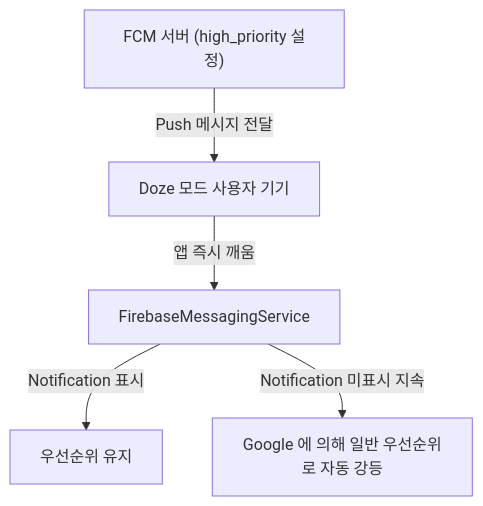
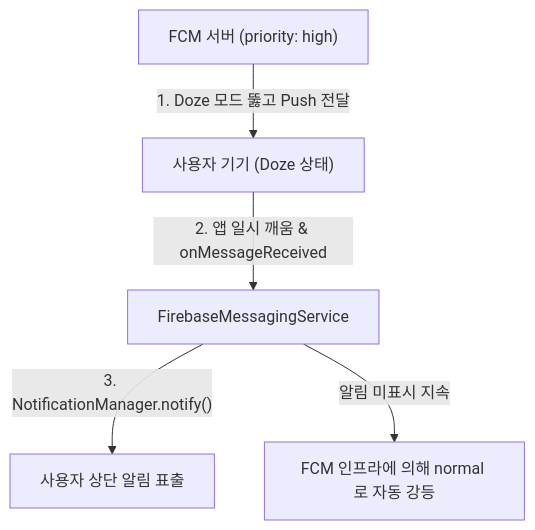
One commit to youngmin-gwon/what-i-studied changed the diagram in 01_inbox/mobile/android/04_system_services/background-and-notifications/fcm-high-priority.md. Above: the diagram before and after it, drawn with Mermaid. The commit also changed other lines of this file and 83 other files, not shown here.

````diff
--- a/01_inbox/mobile/android/04_system_services/background-and-notifications/fcm-high-priority.md
+++ b/01_inbox/mobile/android/04_system_services/background-and-notifications/fcm-high-priority.md
@@ -17,7 +24,7 @@
 ```mermaid
 graph TD
-    FCMServer["FCM 서버 (high_priority 설정)"] -->|"Push 메시지 전달"| Device["Doze 모드 사용자 기기"]
-    Device -->|"앱 즉시 깨움"| Service["FirebaseMessagingService"]
-    Service -->|"Notification 표시"| Pass["우선순위 유지"]
-    Service -->|"Notification 미표시 지속"| Downgrade["Google 에 의해 일반 우선순위로 자동 강등"]
+    FCMServer["FCM 서버 (priority: high)"] -->|"1. Doze 모드 뚫고 Push 전달"| Device["사용자 기기 (Doze 상태)"]
+    Device -->|"2. 앱 일시 깨움 & onMessageReceived"| Service["FirebaseMessagingService"]
+    Service -->|"3. NotificationManager.notify()"| UserNotice["사용자 상단 알림 표출"]
+    Service -->|"알림 미표시 지속"| Downgrade["FCM 인프라에 의해 normal 로 자동 강등"]
 ```
````
